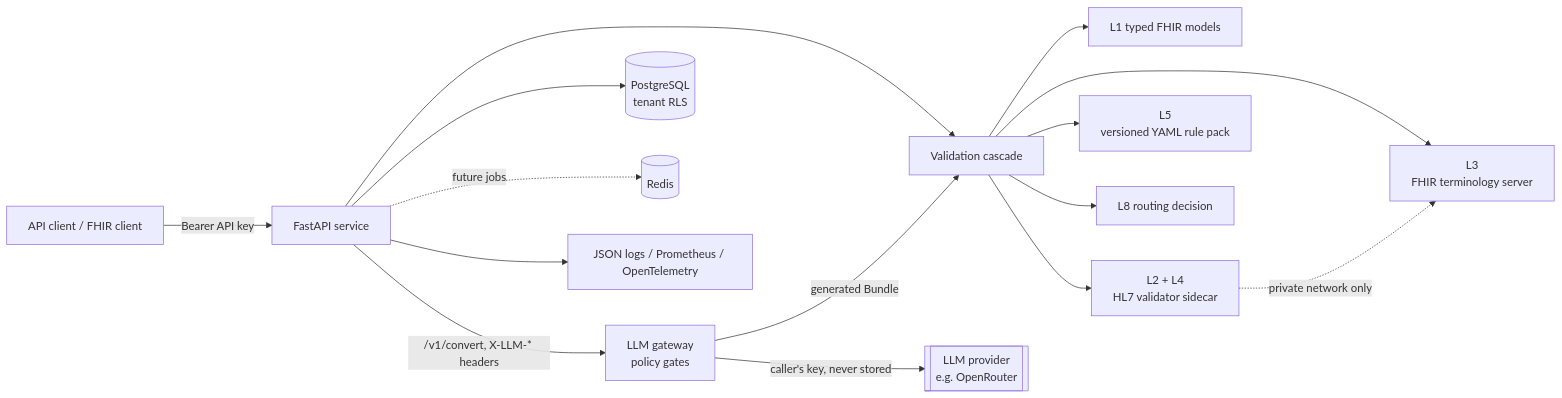
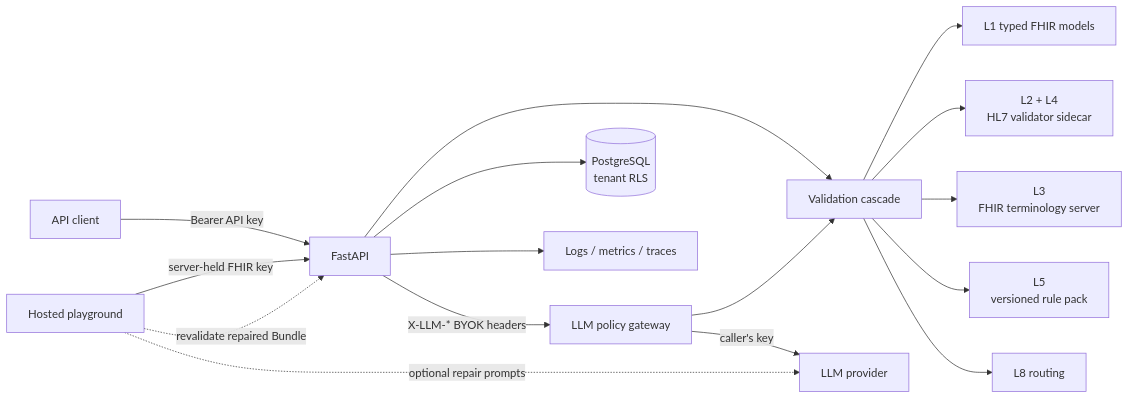
One commit to Safwanmahmoud/FHIR-At-Will changed the diagram in README.md. Above: the diagram before and after it, drawn with Mermaid. The commit also changed other lines of this file, not shown here.

First line of the commit message:
docs: refresh README for current API and playground

````diff
--- a/README.md
+++ b/README.md
@@ -109,17 +109,22 @@
 ```mermaid
 flowchart LR
-    Client[API client / FHIR client] -->|Bearer API key| API[FastAPI service]
+    Client[API client] -->|Bearer API key| API[FastAPI]
+    Playground[Hosted playground] -->|server-held FHIR key| API
+
     API --> Cascade[Validation cascade]
-    Cascade --> L1[L1 typed FHIR models]
+    Cascade --> Models[L1 typed FHIR models]
     Cascade --> Validator[L2 + L4<br>HL7 validator sidecar]
     Cascade --> Terminology[L3<br>FHIR terminology server]
-    Cascade --> Rules[L5<br>versioned YAML rule pack]
-    Cascade --> Routing[L8 routing decision]
-    API -->|/v1/convert, X-LLM-* headers| Gateway[LLM gateway<br>policy gates]
-    Gateway -->|caller's key, never stored| Provider[[LLM provider<br>e.g. OpenRouter]]
-    Gateway -->|generated Bundle| Cascade
+    Cascade --> Rules[L5<br>versioned rule pack]
+    Cascade --> Routing[L8 routing]
+
+    API -->|X-LLM-* BYOK headers| Gateway[LLM policy gateway]
+    Gateway -->|caller's key| Provider[LLM provider]
+    Gateway --> Cascade
+
+    Playground -. optional repair prompts .-> Provider
+    Playground -. revalidate repaired Bundle .-> API
+
     API --> DB[(PostgreSQL<br>tenant RLS)]
-    API -. future jobs .-> Redis[(Redis)]
-    API --> Obs[JSON logs / Prometheus / OpenTelemetry]
-    Validator -. private network only .-> Terminology
+    API --> Observability[Logs / metrics / traces]
 ```
````
